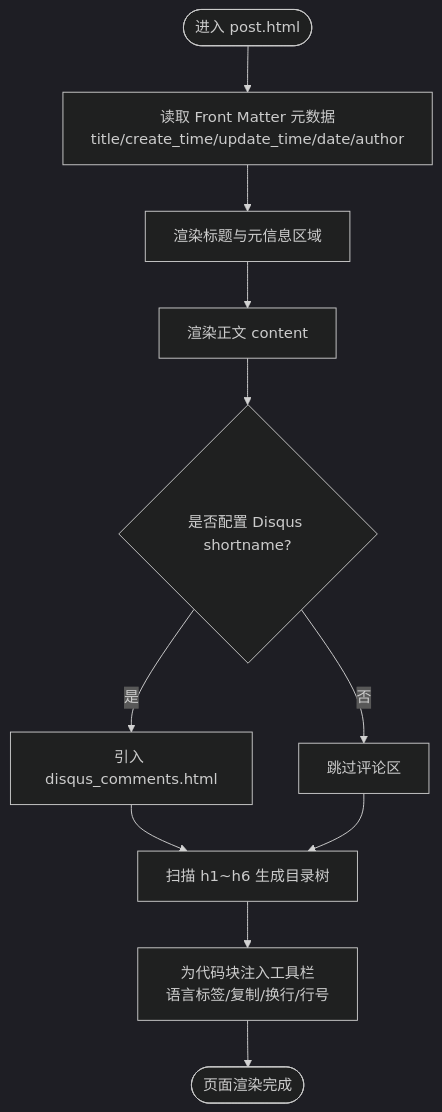
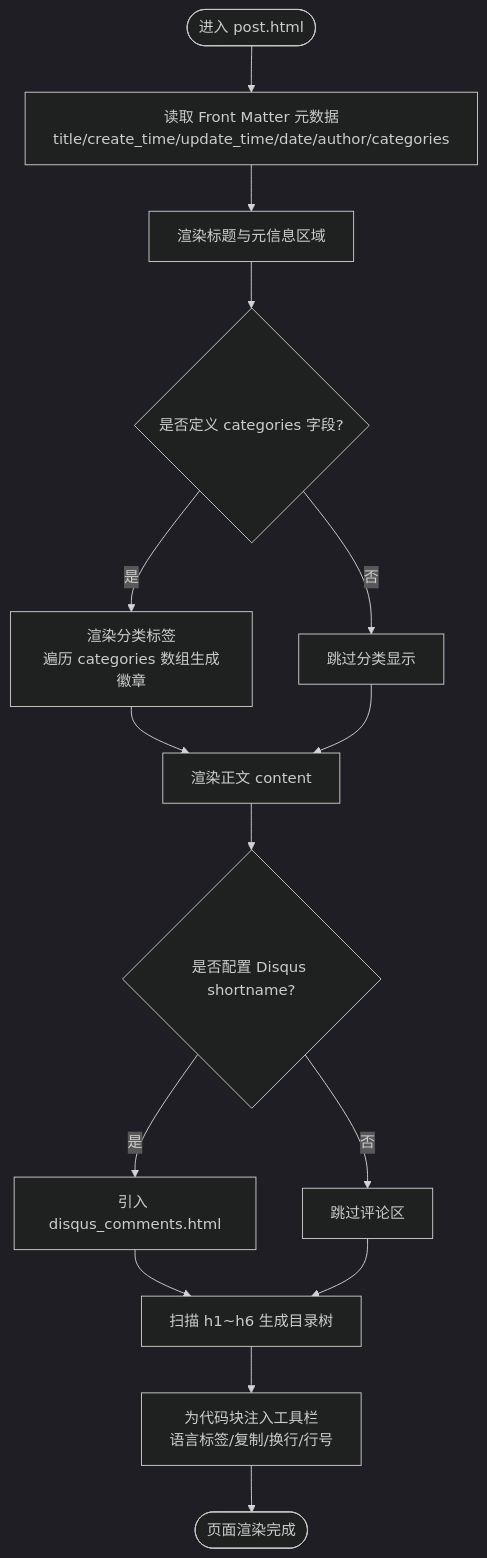
The third of 8 diagrams in .qoder/repowiki/zh/content/主题定制/布局定制/文章页布局定制.md (LZC6244/lzc6244.github.io), drawn with Mermaid (dark theme) before and after one commit. The commit also changed other lines of this file and 27 other files, not shown here.

````diff
--- a/.qoder/repowiki/zh/content/主题定制/布局定制/文章页布局定制.md
+++ b/.qoder/repowiki/zh/content/主题定制/布局定制/文章页布局定制.md
@@ -161,13 +163,17 @@
 ```mermaid
 flowchart TD
-Start(["进入 post.html"]) --> ReadMeta["读取 Front Matter 元数据<br/>title/create_time/update_time/date/author"]
+Start(["进入 post.html"]) --> ReadMeta["读取 Front Matter 元数据<br/>title/create_time/update_time/date/author/categories"]
 ReadMeta --> RenderHeader["渲染标题与元信息区域"]
-RenderHeader --> RenderContent["渲染正文 content"]
+RenderHeader --> CheckCategories{"是否定义 categories 字段?"}
+CheckCategories --> |是| RenderCategories["渲染分类标签<br/>遍历 categories 数组生成徽章"]
+CheckCategories --> |否| SkipCategories["跳过分类显示"]
+RenderCategories --> RenderContent["渲染正文 content"]
+SkipCategories --> RenderContent
 RenderContent --> CheckDisqus{"是否配置 Disqus shortname?"}
 CheckDisqus --> |是| LoadComments["引入 disqus_comments.html"]
 CheckDisqus --> |否| SkipComments["跳过评论区"]
 LoadComments --> BuildTOC["扫描 h1~h6 生成目录树"]
 SkipComments --> BuildTOC
 BuildTOC --> InjectToolbar["为代码块注入工具栏<br/>语言标签/复制/换行/行号"]
 InjectToolbar --> End(["页面渲染完成"])
 ```
````
